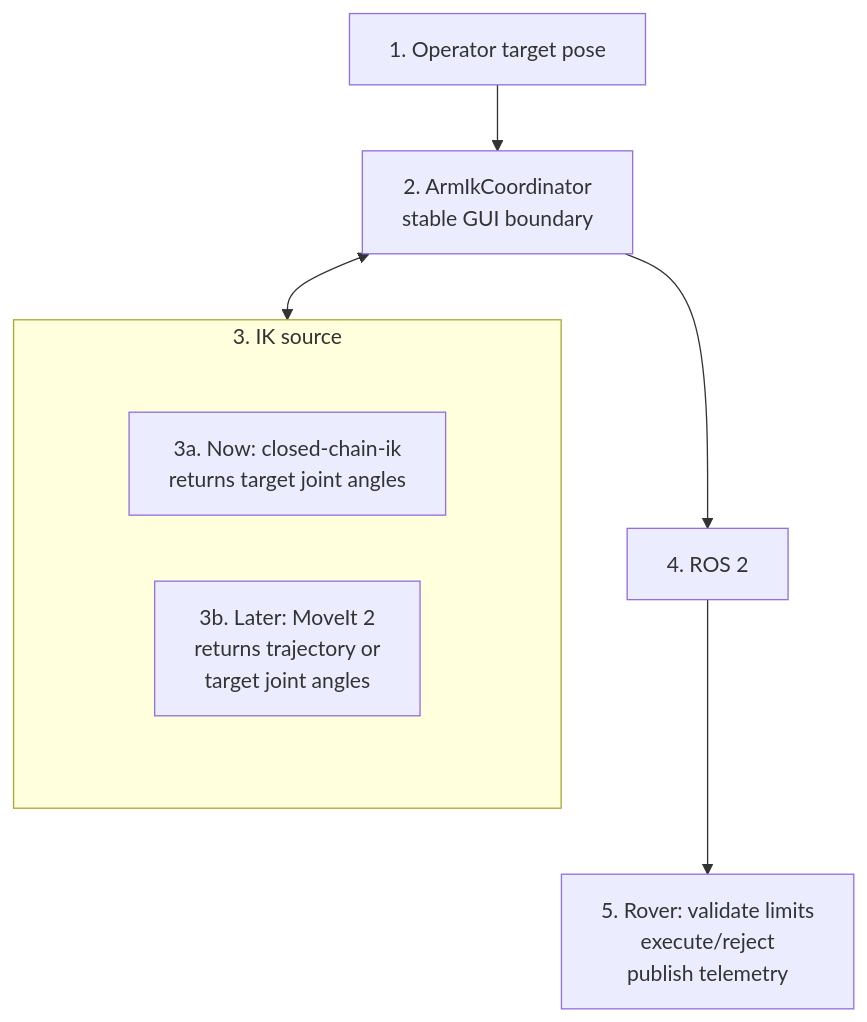
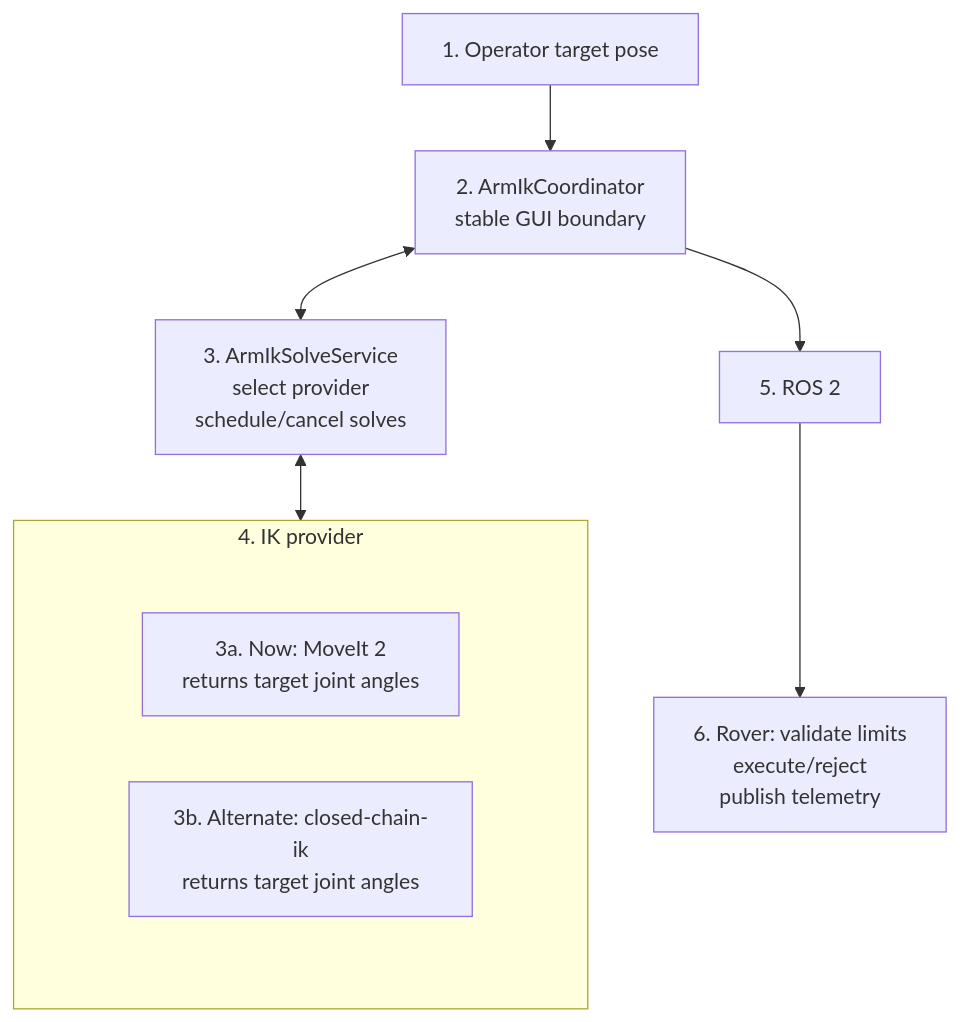
One commit to deakin-robotics/Chasmata-2027 changed the diagram in gui/docs/arm-ik.md. Above: the diagram before and after it, drawn with Mermaid. The commit also changed other lines of this file and 20 other files, not shown here.

````diff
--- a/gui/docs/arm-ik.md
+++ b/gui/docs/arm-ik.md
@@ -16,22 +17,24 @@
 ```mermaid
 flowchart TD
     target[1. Operator target pose]
     coordinator[2. ArmIkCoordinator<br/>stable GUI boundary]
-    ros[4. ROS 2]
-    rover[5. Rover: validate limits<br/>execute/reject<br/>publish telemetry]
+    solveService[3. ArmIkSolveService<br/>select provider<br/>schedule/cancel solves]
+    ros[5. ROS 2]
+    rover[6. Rover: validate limits<br/>execute/reject<br/>publish telemetry]
 
-    subgraph solverBox[3. IK source]
+    subgraph solverBox[4. IK provider]
         subgraph solverOptions[ ]
             direction LR
-            current[3a. Now: closed-chain-ik<br/>returns target joint angles]
-            future[3b. Later: MoveIt 2<br/>returns trajectory or<br/>target joint angles]
+            current[3a. Now: MoveIt 2<br/>returns target joint angles]
+            future[3b. Alternate: closed-chain-ik<br/>returns target joint angles]
         end
     end
 
     target --> coordinator
-    coordinator <--> solverBox
+    coordinator <--> solveService
+    solveService <--> solverBox
     coordinator --> ros
     ros --> rover
 
     style solverOptions fill:transparent,stroke:transparent,color:transparent
 ```
````
